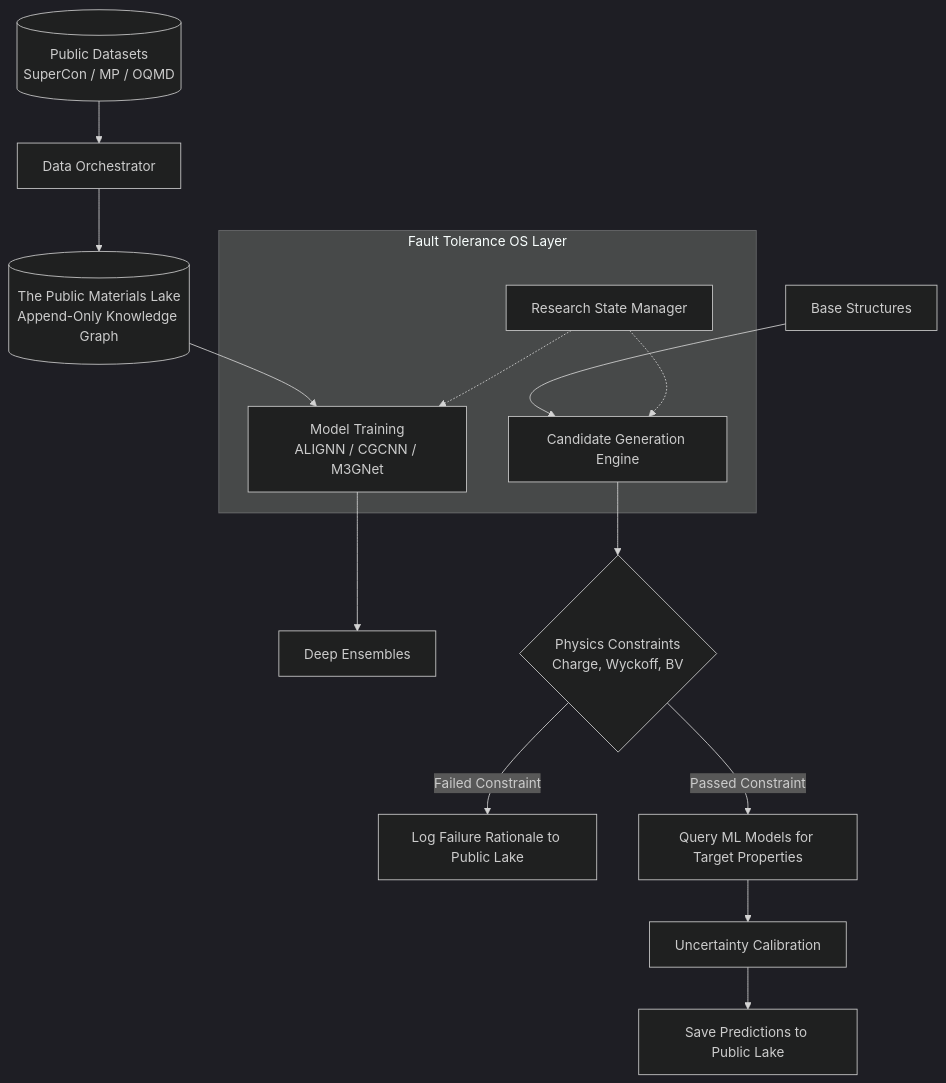
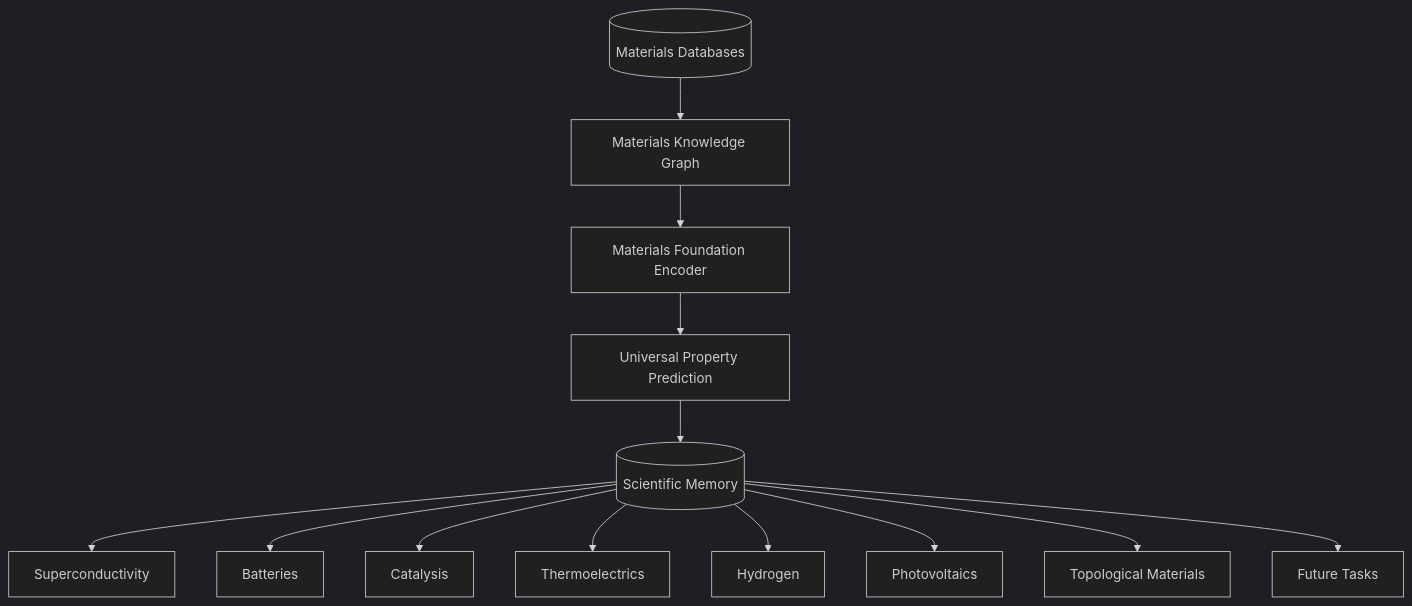
The diagram in README.md (RYuK006/Q-MATIS), drawn with Mermaid (dark theme) before and after one commit. The commit also changed other lines of this file, not shown here.

Commit message:
docs: redefine Q-MATIS as a universal materials intelligence platform

````diff
--- a/README.md
+++ b/README.md
@@ -59,22 +45,16 @@
 ```mermaid
 graph TD
-    A[(Public Datasets\nSuperCon / MP / OQMD)] --> B[Data Orchestrator]
-    B --> C[(The Public Materials Lake\nAppend-Only Knowledge Graph)]
+    A[(Materials Databases)] --> B[Materials Knowledge Graph]
+    B --> C[Materials Foundation Encoder]
+    C --> D[Universal Property Prediction]
+    D --> E[(Scientific Memory)]
     
-    C --> D[Model Training\nALIGNN / CGCNN / M3GNet]
-    D --> E[Deep Ensembles]
-    
-    F[Base Structures] --> G[Candidate Generation Engine]
-    G --> H{Physics Constraints\nCharge, Wyckoff, BV}
-    
-    H -->|Failed Constraint| I[Log Failure Rationale to Public Lake]
-    H -->|Passed Constraint| J[Query ML Models for Target Properties]
-    
-    J --> K[Uncertainty Calibration]
-    K --> L[Save Predictions to Public Lake]
-    
-    subgraph Fault Tolerance OS Layer
-        M[Research State Manager] -.-> D
-        M -.-> G
-    end
+    E --> F1[Superconductivity]
+    E --> F2[Batteries]
+    E --> F3[Catalysis]
+    E --> F4[Thermoelectrics]
+    E --> F5[Hydrogen]
+    E --> F6[Photovoltaics]
+    E --> F7[Topological Materials]
+    E --> F8[Future Tasks]
 ```
````
